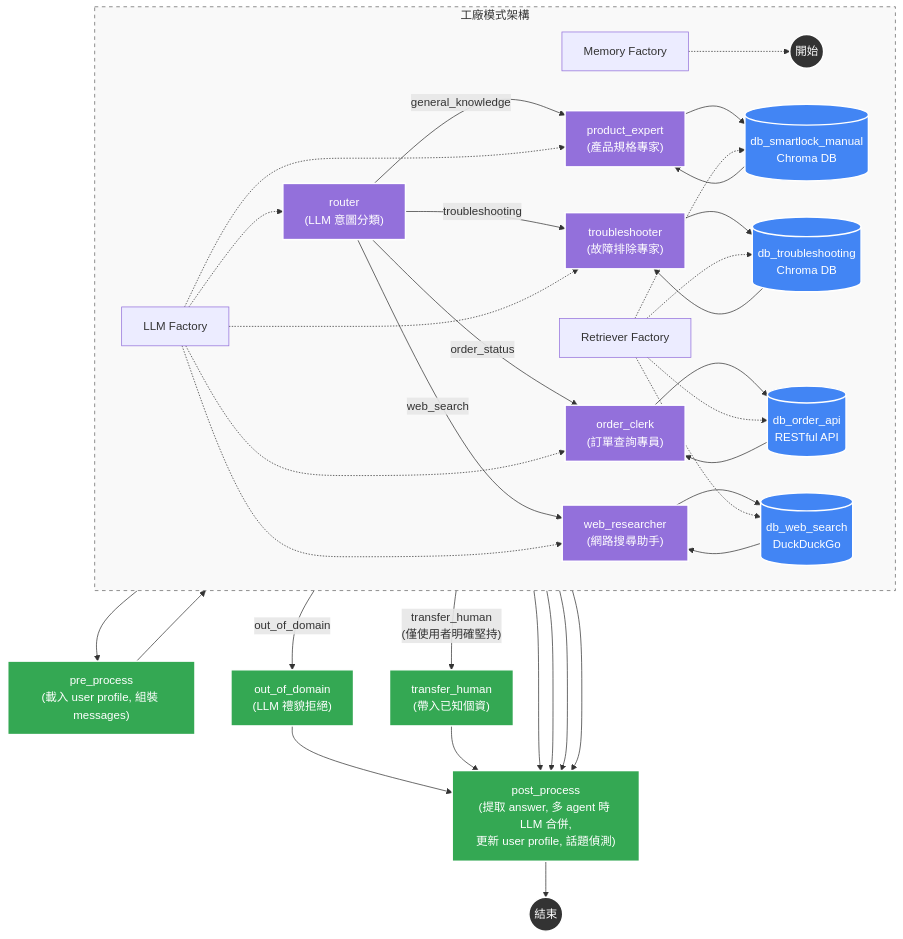
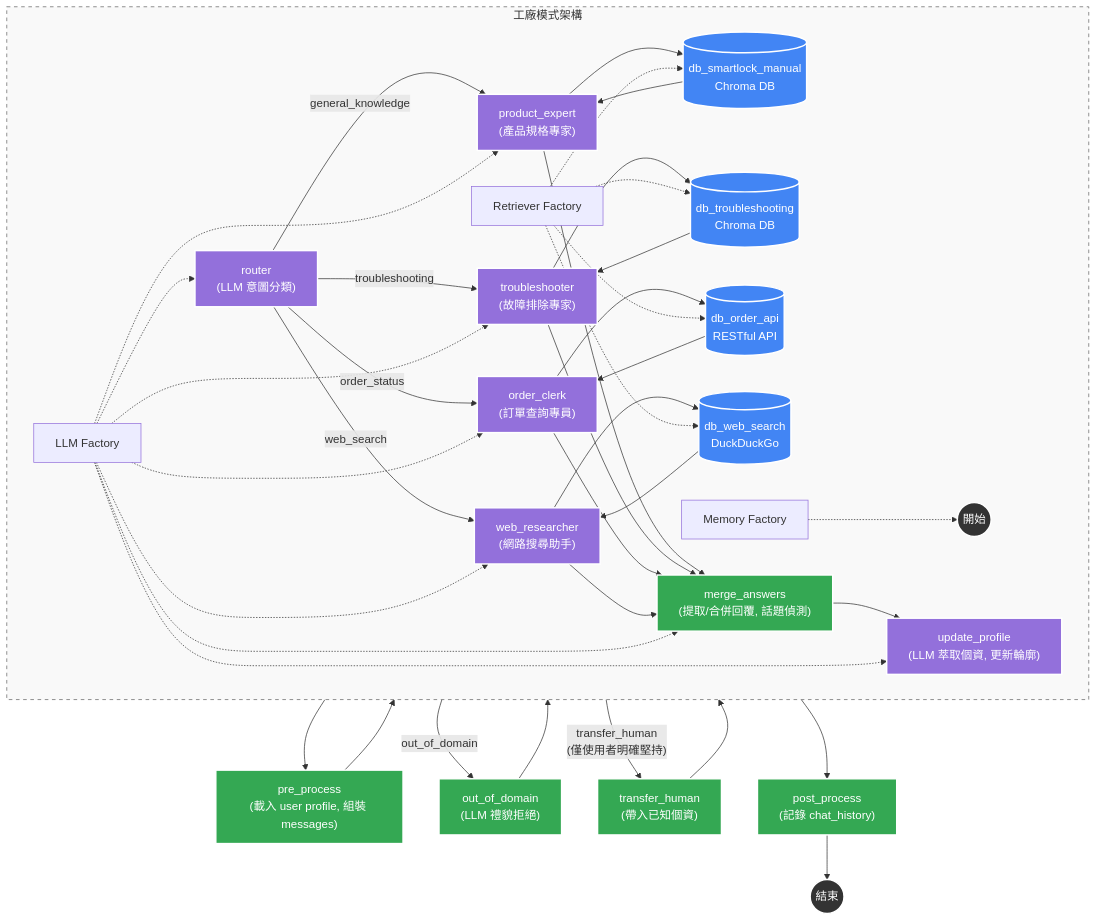
Before and after one commit to Imding1211/lock_AI_Agent: the first of 4 diagrams in docs/系統架構與流程圖.md, drawn with Mermaid. The commit also changed other lines of this file and 5 other files, not shown here.

First line of the commit message:
docs: 更新進度報告與架構圖，新增時序圖與架構截圖

````diff
--- a/docs/系統架構與流程圖.md
+++ b/docs/系統架構與流程圖.md
@@ -3,53 +3,55 @@
 ```mermaid
 graph TD
     %% 節點樣式定義
     classDef startEnd fill:#333,stroke:#fff,stroke-width:2px,color:#fff;
     classDef llmNode fill:#9370DB,stroke:#fff,stroke-width:2px,color:#fff;
     classDef decision fill:#ff9900,stroke:#333,stroke-width:2px;
     classDef dbNode fill:#4285f4,stroke:#fff,stroke-width:2px,color:#fff;
     classDef actionNode fill:#34a853,stroke:#fff,stroke-width:2px,color:#fff;
     classDef note fill:#f9f9f9,stroke:#666,stroke-dasharray: 5 5;
 
     %% 核心流程
     START((開始)):::startEnd --> pre_process["pre_process<br/>(載入 user profile, 組裝 messages)"]:::actionNode
     pre_process --> router["router<br/>(LLM 意圖分類)"]:::llmNode
 
     %% 意圖分流（Send() fan-out，多意圖可平行派發）
     router -- "general_knowledge" --> PE["product_expert<br/>(產品規格專家)"]:::llmNode
     router -- "troubleshooting" --> TS["troubleshooter<br/>(故障排除專家)"]:::llmNode
     router -- "order_status" --> OC["order_clerk<br/>(訂單查詢專員)"]:::llmNode
     router -- "web_search" --> WR["web_researcher<br/>(網路搜尋助手)"]:::llmNode
     router -- "out_of_domain" --> OOD["out_of_domain<br/>(LLM 禮貌拒絕)"]:::actionNode
     router -- "transfer_human<br/>(僅使用者明確堅持)" --> HUMAN["transfer_human<br/>(帶入已知個資)"]:::actionNode
 
     %% Agent 子圖（agent_llm ↔ tool_node 迴圈）
     PE --> PE_TOOL[("db_smartlock_manual<br/>Chroma DB")]:::dbNode
     TS --> TS_TOOL[("db_troubleshooting<br/>Chroma DB")]:::dbNode
     OC --> OC_TOOL[("db_order_api<br/>RESTful API")]:::dbNode
     WR --> WR_TOOL[("db_web_search<br/>DuckDuckGo")]:::dbNode
 
     PE_TOOL --> PE
     TS_TOOL --> TS
     OC_TOOL --> OC
     WR_TOOL --> WR
 
     %% 匯流
-    PE --> post_process["post_process<br/>(提取 answer, 多 agent 時 LLM 合併,<br/>更新 user profile, 話題偵測)"]:::actionNode
-    TS --> post_process
-    OC --> post_process
-    WR --> post_process
-    OOD --> post_process
-    HUMAN --> post_process
+    PE --> merge_answers["merge_answers<br/>(提取/合併回覆, 話題偵測)"]:::actionNode
+    TS --> merge_answers
+    OC --> merge_answers
+    WR --> merge_answers
+    OOD --> merge_answers
+    HUMAN --> merge_answers
 
+    merge_answers --> update_profile["update_profile<br/>(LLM 萃取個資, 更新輪廓)"]:::llmNode
+    update_profile --> post_process["post_process<br/>(記錄 chat_history)"]:::actionNode
     post_process --> END((結束)):::startEnd
 
     %% 底層支援
     subgraph Support_Layer [工廠模式架構]
         direction LR
-        f1[LLM Factory] -.-> router & PE & TS & OC & WR
+        f1[LLM Factory] -.-> router & PE & TS & OC & WR & merge_answers & update_profile
         f2[Memory Factory] -.-> START
         f3[Retriever Factory] -.-> PE_TOOL & TS_TOOL & OC_TOOL & WR_TOOL
     end
     class Support_Layer note
 
 ```
````
